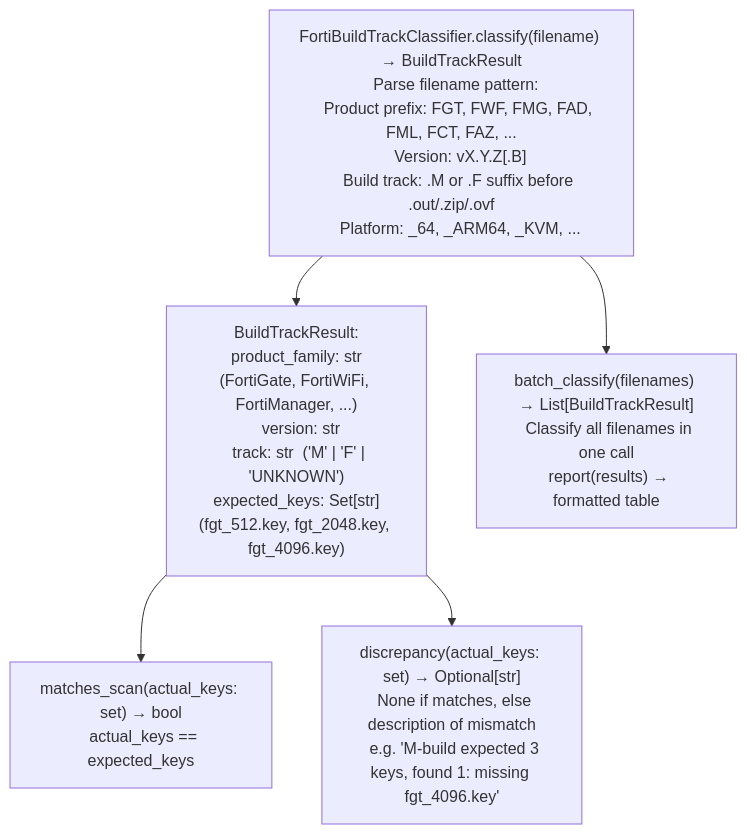
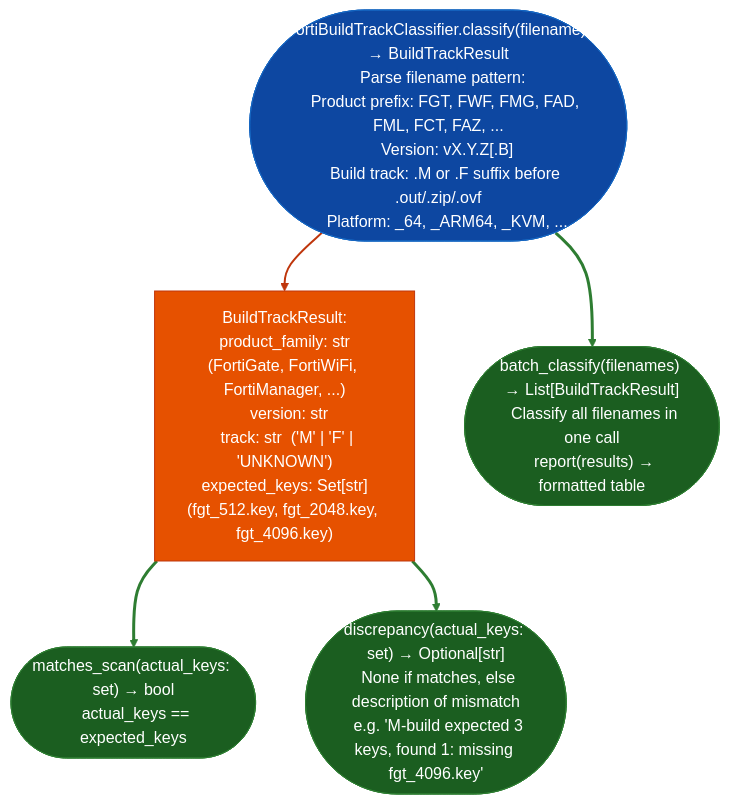
One commit to Ablation-Tool/ablation changed the diagram in docs/reference-modules/fortinet-build-track-classification.md. Above: the diagram before and after it, drawn with Mermaid. The commit also changed 320 other files, not shown here.

First line of the commit message:
docs: apply canonical Mermaid template to all 321 diagrams

````diff
--- a/docs/reference-modules/fortinet-build-track-classification.md
+++ b/docs/reference-modules/fortinet-build-track-classification.md
@@ -19,8 +19,18 @@
 ```mermaid
 flowchart TD
-    A["FortiBuildTrackClassifier.classify(filename) → BuildTrackResult\n  Parse filename pattern:\n    Product prefix: FGT, FWF, FMG, FAD, FML, FCT, FAZ, ...\n    Version: vX.Y.Z[.B]\n    Build track: .M or .F suffix before .out/.zip/.ovf\n    Platform: _64, _ARM64, _KVM, ..."]
-    A --> B["BuildTrackResult:\n  product_family: str  (FortiGate, FortiWiFi, FortiManager, ...)\n  version: str\n  track: str  ('M' | 'F' | 'UNKNOWN')\n  expected_keys: Set[str]  (fgt_512.key, fgt_2048.key, fgt_4096.key)"]
-    B --> C["matches_scan(actual_keys: set) → bool\n  actual_keys == expected_keys"]
-    B --> D["discrepancy(actual_keys: set) → Optional[str]\n  None if matches, else description of mismatch\n  e.g. 'M-build expected 3 keys, found 1: missing fgt_4096.key'"]
-    A --> E["batch_classify(filenames) → List[BuildTrackResult]\n  Classify all filenames in one call\n  report(results) → formatted table"]
+    A(["FortiBuildTrackClassifier.classify(filename) → BuildTrackResult\n  Parse filename pattern:\n    Product prefix: FGT, FWF, FMG, FAD, FML, FCT, FAZ, ...\n    Version: vX.Y.Z[.B]\n    Build track: .M or .F suffix before .out/.zip/.ovf\n    Platform: _64, _ARM64, _KVM, ..."]):::input
+    A:::input --> B["BuildTrackResult:\n  product_family: str  (FortiGate, FortiWiFi, FortiManager, ...)\n  version: str\n  track: str  ('M' | 'F' | 'UNKNOWN')\n  expected_keys: Set[str]  (fgt_512.key, fgt_2048.key, fgt_4096.key)"]:::primary
+    B:::primary --> C(["matches_scan(actual_keys: set) → bool\n  actual_keys == expected_keys"]):::output
+    B:::primary --> D(["discrepancy(actual_keys: set) → Optional[str]\n  None if matches, else description of mismatch\n  e.g. 'M-build expected 3 keys, found 1: missing fgt_4096.key'"]):::output
+    A:::input --> E(["batch_classify(filenames) → List[BuildTrackResult]\n  Classify all filenames in one call\n  report(results) → formatted table"]):::output
+    classDef input     fill:#0d47a1,stroke:#1565c0,color:#fff
+    classDef primary   fill:#e65100,stroke:#bf360c,color:#fff
+    classDef secondary fill:#004d40,stroke:#00695c,color:#fff
+    classDef tertiary  fill:#4a148c,stroke:#6a1b9a,color:#fff
+    classDef neutral   fill:#37474f,stroke:#546e7a,color:#fff
+    classDef output    fill:#1b5e20,stroke:#2e7d32,color:#fff
+    linkStyle 0 stroke:#bf360c,stroke-width:2px
+    linkStyle 1 stroke:#2e7d32,stroke-width:3px
+    linkStyle 2 stroke:#2e7d32,stroke-width:3px
+    linkStyle 3 stroke:#2e7d32,stroke-width:3px
 ```
````
